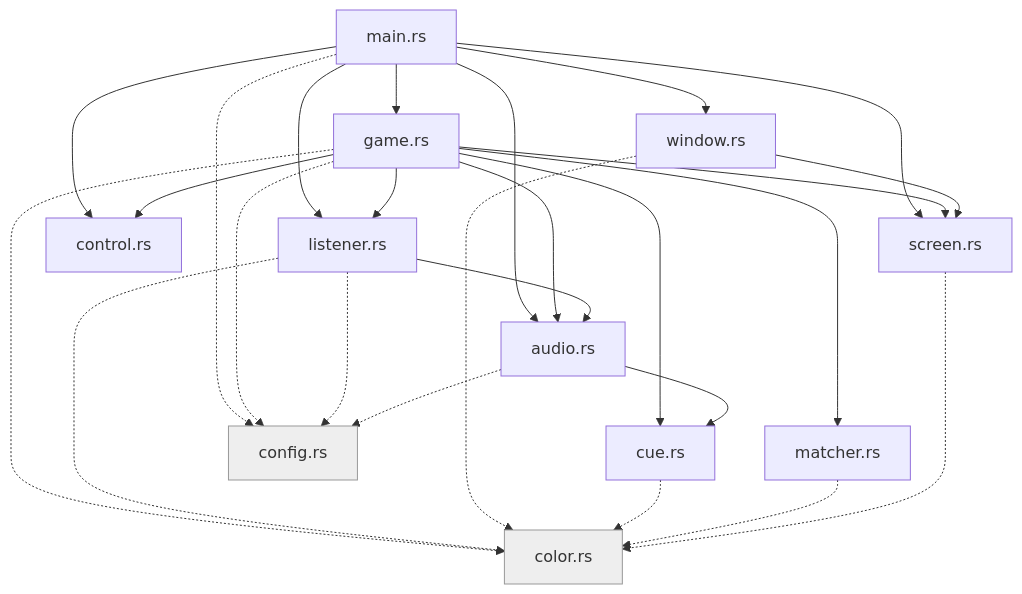
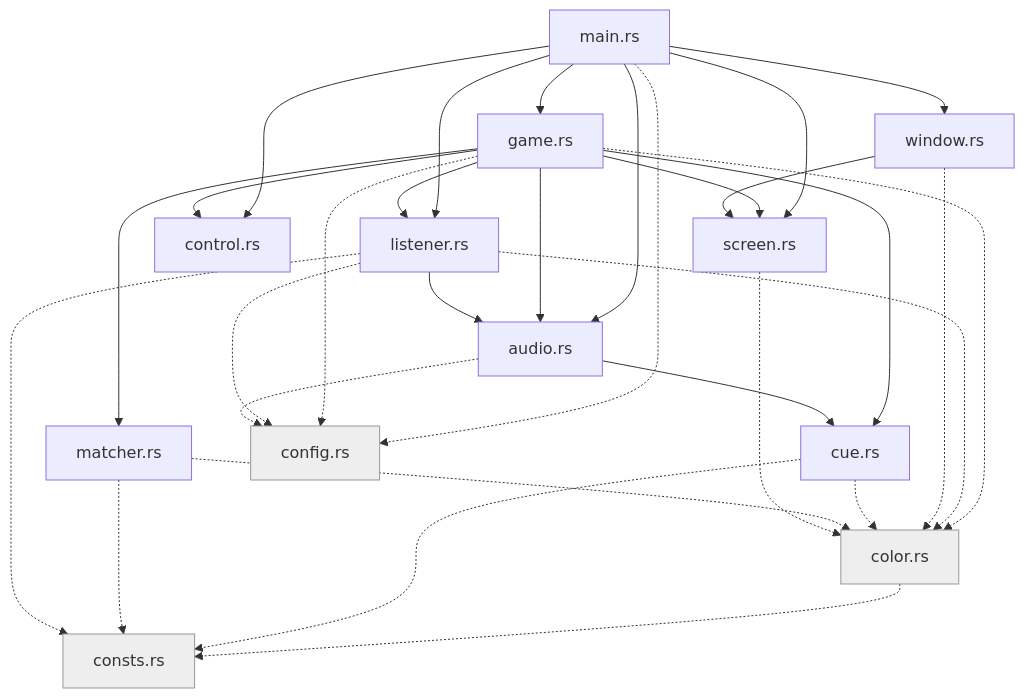
Before and after one commit to mpyw/donna-iro: the diagram in README.md, drawn with Mermaid. The commit also changed other lines of this file and 6 other files, not shown here.

````diff
--- a/README.md
+++ b/README.md
@@ -199,46 +200,52 @@
 ```mermaid
 flowchart TD
     main["main.rs"]
     game["game.rs"]
     window["window.rs"]
     listener["listener.rs"]
     audio["audio.rs"]
     matcher["matcher.rs"]
     control["control.rs"]
     screen["screen.rs"]
     cue["cue.rs"]
     color["color.rs"]
     config["config.rs"]
+    consts["consts.rs"]
 
     main --> game
     main --> window
     main --> listener
     main --> audio
     main --> control
     main --> screen
 
     game --> listener
     game --> audio
     game --> matcher
     game --> control
     game --> screen
     game --> cue
 
     listener --> audio
     audio --> cue
     window --> screen
 
     main -.-> config
     game -.-> config
     game -.-> color
     listener -.-> config
     listener -.-> color
     audio -.-> config
     window -.-> color
     cue -.-> color
     matcher -.-> color
     screen -.-> color
 
+    color -.-> consts
+    cue -.-> consts
+    matcher -.-> consts
+    listener -.-> consts
+
     classDef base fill:#eee,stroke:#999,color:#333;
-    class color,config base;
+    class color,config,consts base;
 ```
````
